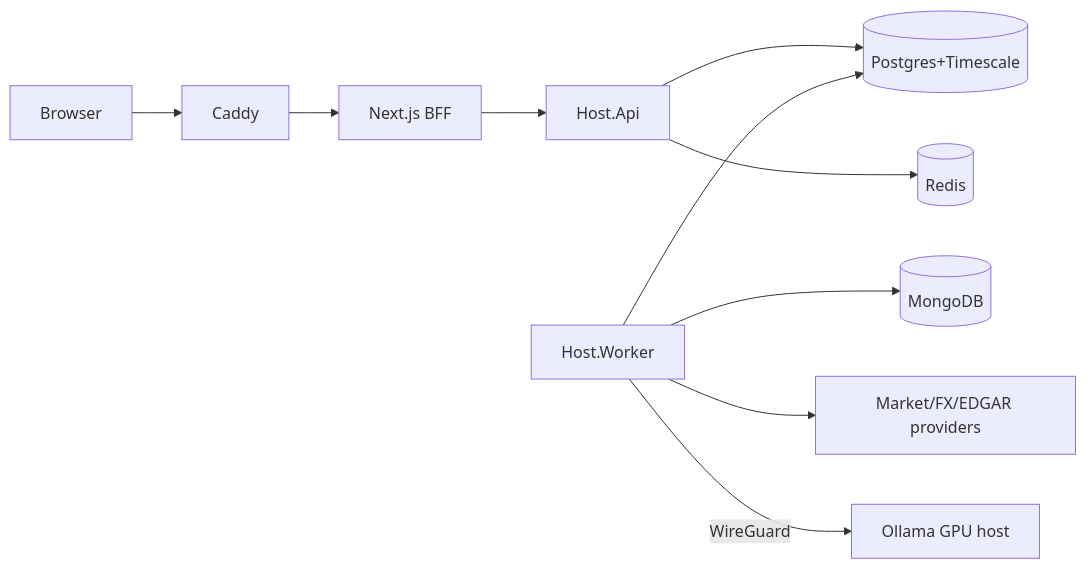
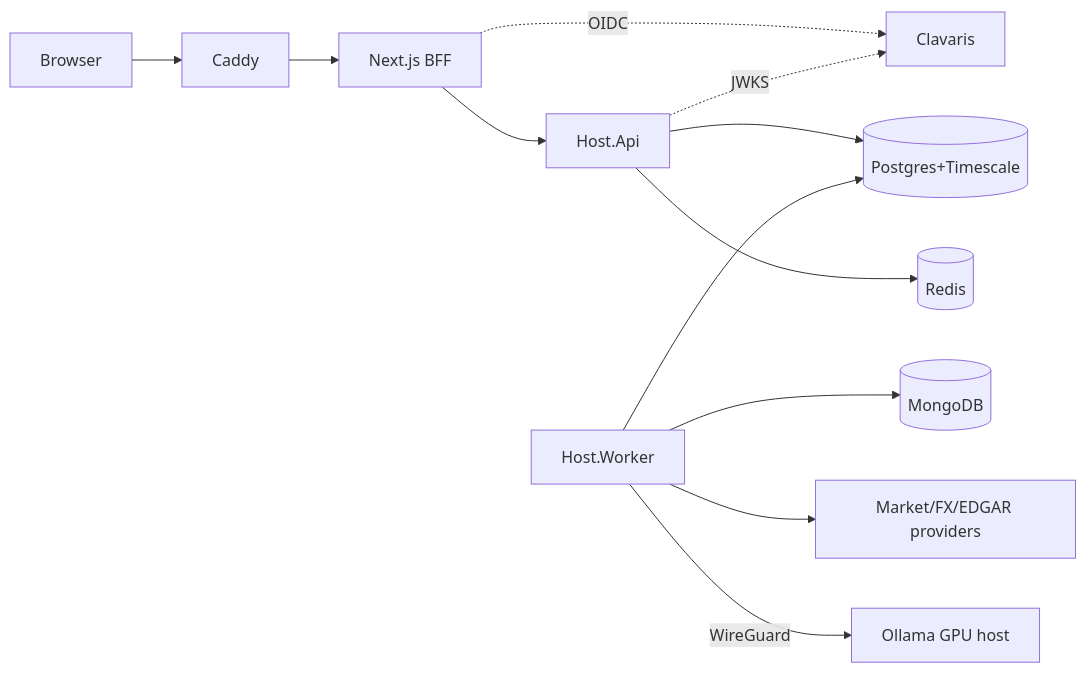
Before and after one commit to RedeArmy/saker-watch-app: the diagram in docs/rfc/0001-design-doc.md, drawn with Mermaid. The commit also changed other lines of this file and 23 other files, not shown here.

First line of the commit message:
docs: add product spec, data model, roadmap and glossary; resolve review findings

````diff
--- a/docs/rfc/0001-design-doc.md
+++ b/docs/rfc/0001-design-doc.md
@@ -15,10 +15,12 @@
 ```mermaid
 flowchart LR
   Browser --> Caddy --> Web[Next.js BFF] --> Api[Host.Api]
+  Web -. OIDC .-> Idp[Clavaris]
+  Api -. JWKS .-> Idp
   Api --> PG[(Postgres+Timescale)]
   Api --> Redis[(Redis)]
   Worker[Host.Worker] --> PG
   Worker --> Mongo[(MongoDB)]
   Worker --> Providers[Market/FX/EDGAR providers]
   Worker -- WireGuard --> LLM[Ollama GPU host]
 ```
````
